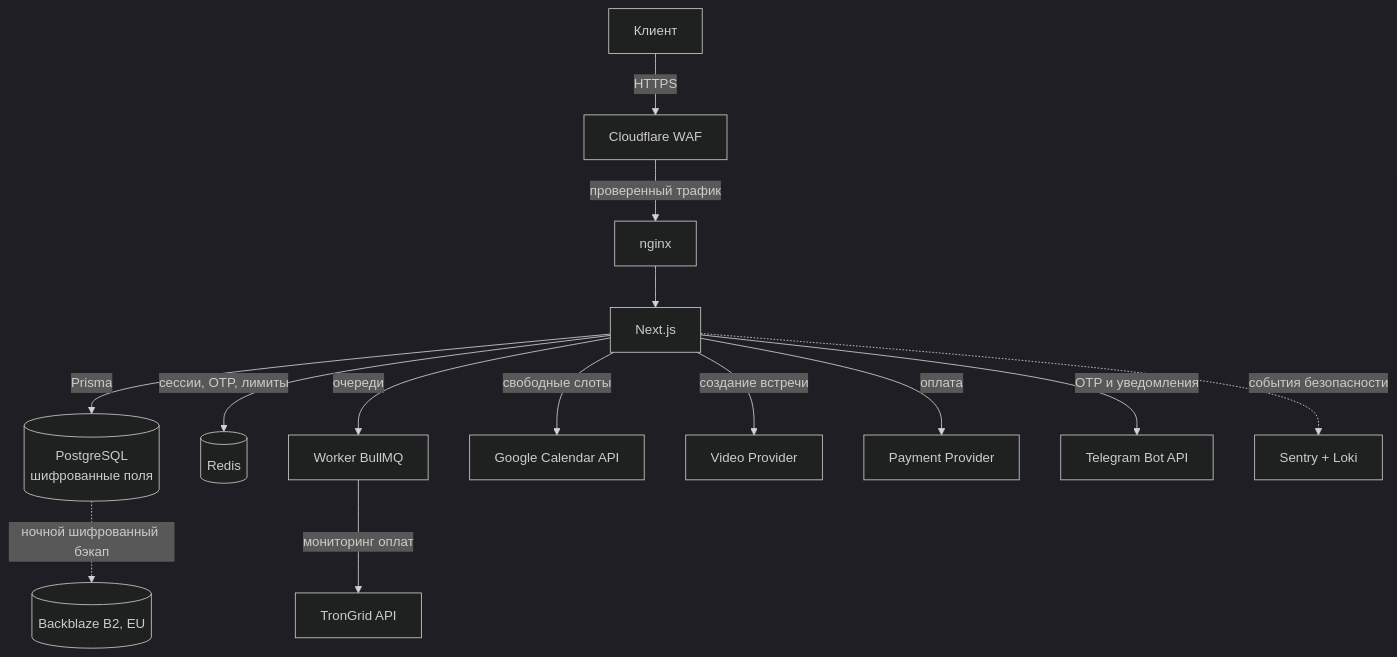
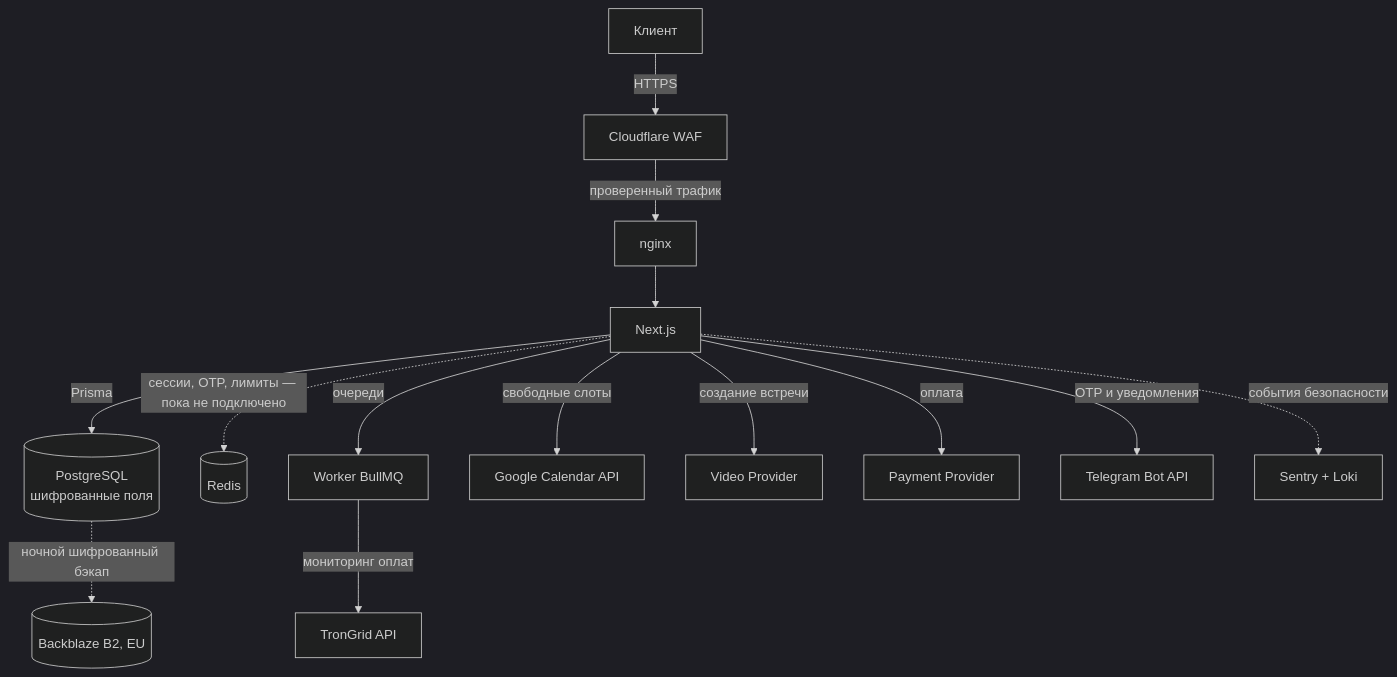
The diagram in docs/01-architecture.md (YafremauAliaksei/efremova.online), drawn with Mermaid (dark theme) before and after one commit. The commit also changed other lines of this file and 44 other files, not shown here.

````diff
--- a/docs/01-architecture.md
+++ b/docs/01-architecture.md
@@ -189,19 +189,19 @@
 ```mermaid
 flowchart TB
     U[Клиент] -->|HTTPS| CF[Cloudflare WAF]
     CF -->|проверенный трафик| NG[nginx]
     NG --> APP[Next.js]
 
     APP -->|Prisma| PG[(PostgreSQL<br/>шифрованные поля)]
-    APP -->|сессии, OTP, лимиты| RD[(Redis)]
+    APP -.->|сессии, OTP, лимиты — пока не подключено| RD[(Redis)]
     APP -->|очереди| WK[Worker BullMQ]
 
     WK -->|мониторинг оплат| TRON[TronGrid API]
     APP -->|свободные слоты| GC[Google Calendar API]
     APP -->|создание встречи| VID[Video Provider]
     APP -->|оплата| PAY[Payment Provider]
     APP -->|OTP и уведомления| TG[Telegram Bot API]
 
     PG -.->|ночной шифрованный бэкап| S3[(Backblaze B2, EU)]
     APP -.->|события безопасности| SEC[Sentry + Loki]
 ```
````
